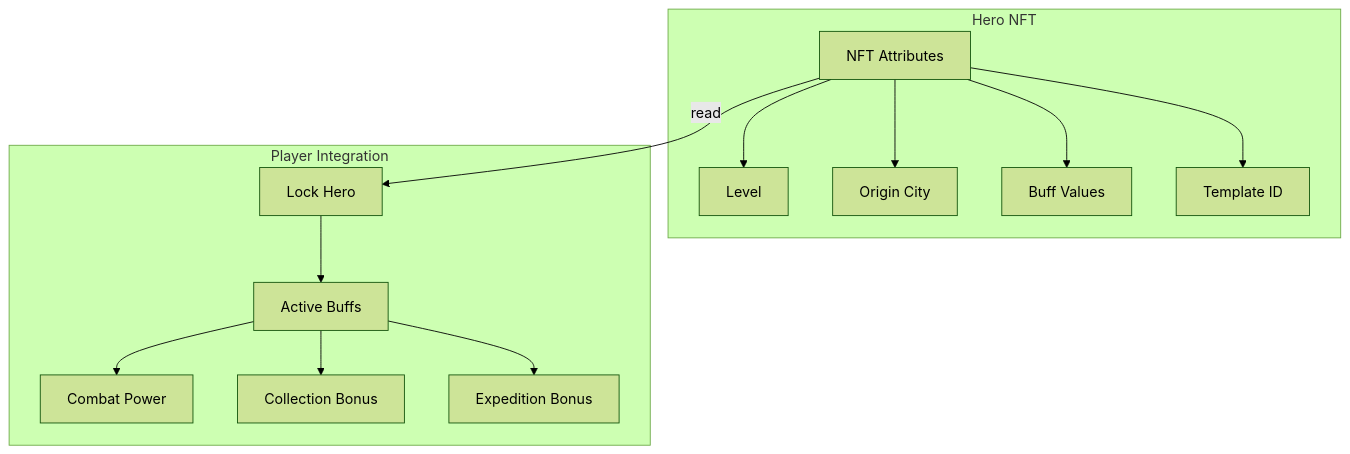
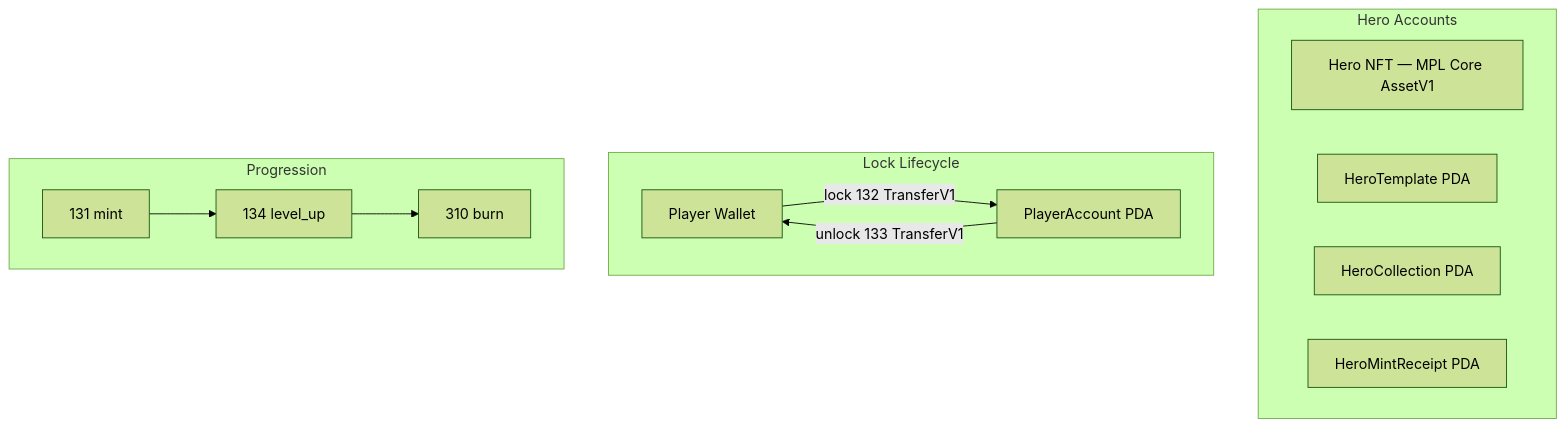
Before and after one commit to crypt0miester/novus-mundus: the first of 4 diagrams in docs/onchain/04-systems/heroes.md, drawn with Mermaid (forest theme). The commit also changed other lines of this file and 259 other files, not shown here.

````diff
--- a/docs/onchain/04-systems/heroes.md
+++ b/docs/onchain/04-systems/heroes.md
@@ -9,19 +11,19 @@
 ```mermaid
 graph TB
-    subgraph "Hero NFT"
-        ATTR[NFT Attributes]
-        ATTR --> LVL[Level]
-        ATTR --> ORIGIN[Origin City]
-        ATTR --> BUFFS[Buff Values]
-        ATTR --> TEMPLATE[Template ID]
+    subgraph "Hero Accounts"
+        NFT["Hero NFT — MPL Core AssetV1"]
+        TMPL[HeroTemplate PDA]
+        COLL[HeroCollection PDA]
+        RCPT[HeroMintReceipt PDA]
     end
 
-    subgraph "Player Integration"
-        LOCK[Lock Hero] --> ACTIVE[Active Buffs]
-        ACTIVE --> COMBAT[Combat Power]
-        ACTIVE --> COLLECT[Collection Bonus]
-        ACTIVE --> EXPED[Expedition Bonus]
+    subgraph "Lock Lifecycle"
+        W[Player Wallet] -->|"lock 132 TransferV1"| PDA[PlayerAccount PDA]
+        PDA -->|"unlock 133 TransferV1"| W
     end
 
-    ATTR -->|read| LOCK
+    subgraph "Progression"
+        MINT["131 mint"] --> LEVEL["134 level_up"]
+        LEVEL --> BURN["310 burn"]
+    end
 ```
````
